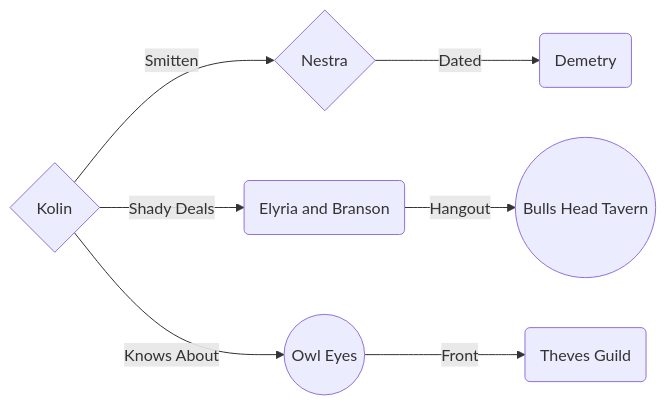
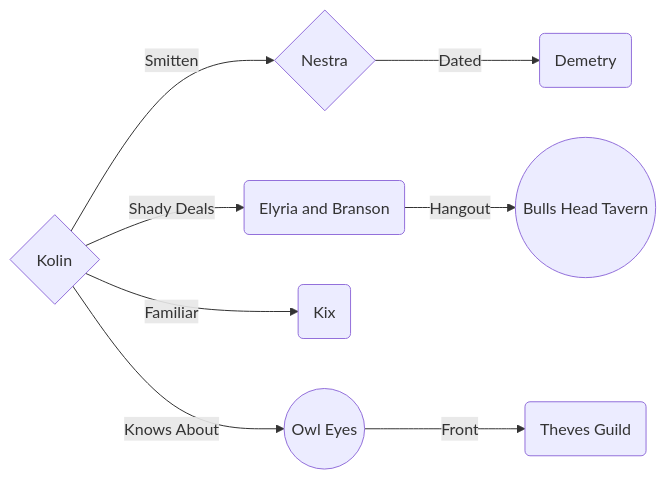
One commit to DiscoverTec/anExperiment changed the diagram in markdown/characters/kotlin.md. Above: the diagram before and after it, drawn with Mermaid. The commit also changed other lines of this file and 5 other files, not shown here.

````diff
--- a/markdown/characters/kotlin.md
+++ b/markdown/characters/kotlin.md
@@ -29,10 +29,11 @@
 ```mermaid
 flowchart LR;
     kotlin{Kolin} --> |Smitten| nestra{Nestra};
     kotlin --> |Shady Deals| elyria(Elyria and Branson);
+    kotlin --> |Familiar| kix(Kix)
     elyria --> |Hangout| tavern((Bulls Head Tavern));
     nestra --> |Dated| demetry(Demetry);
     kotlin --> |Knows About| owlEyes((Owl Eyes));
     owlEyes --> |Front| theves(Theves Guild);
     click kotlin "/characters/kotlin";
 ```
````
